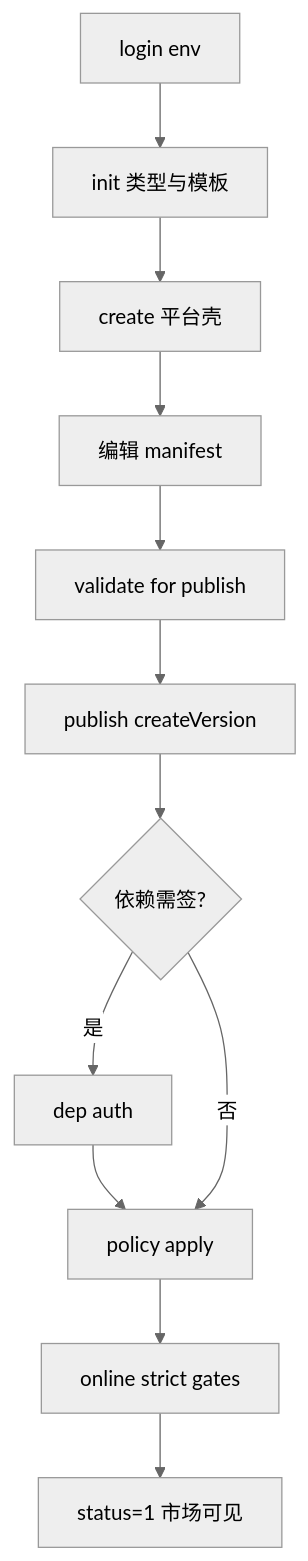
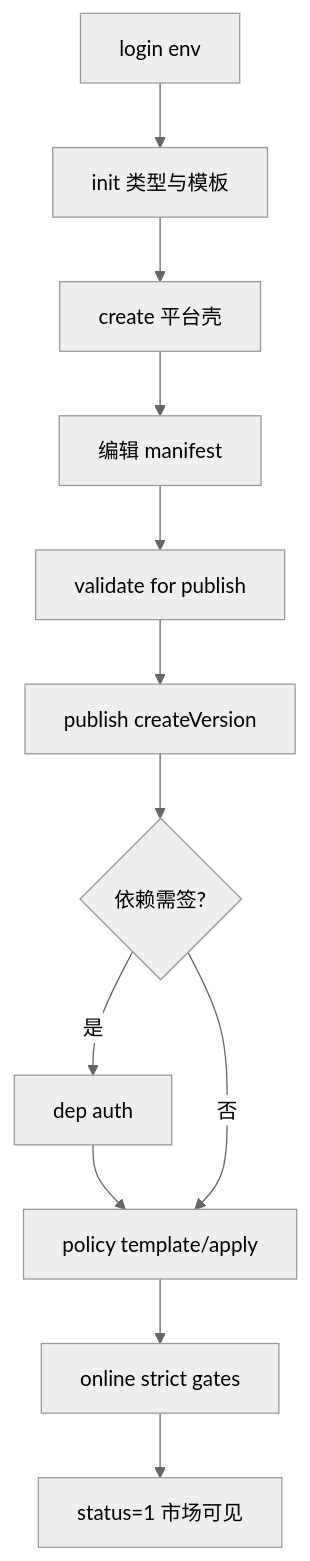
The first of 3 diagrams in docs/新方案/一期/01-产品与实现规格.md (freelogfe/freelog-runtime-cli), drawn with Mermaid (neutral theme) before and after one commit. The commit also changed other lines of this file and 30 other files, not shown here.

````diff
--- a/docs/新方案/一期/01-产品与实现规格.md
+++ b/docs/新方案/一期/01-产品与实现规格.md
@@ -150,20 +177,20 @@
 ```mermaid
 flowchart TD
   login[login env]
   init[init 类型与模板]
   create[create 平台壳]
   edit[编辑 manifest]
   val[validate for publish]
   pub[publish createVersion]
   depQ{依赖需签?}
   depA[dep auth]
-  pol[policy apply]
+  pol[policy template/apply]
   onl[online strict gates]
   done[status=1 市场可见]
 
   login --> init --> create --> edit --> val --> pub
   pub --> depQ
   depQ -->|是| depA --> pol
   depQ -->|否| pol
   pol --> onl --> done
 ```
````
